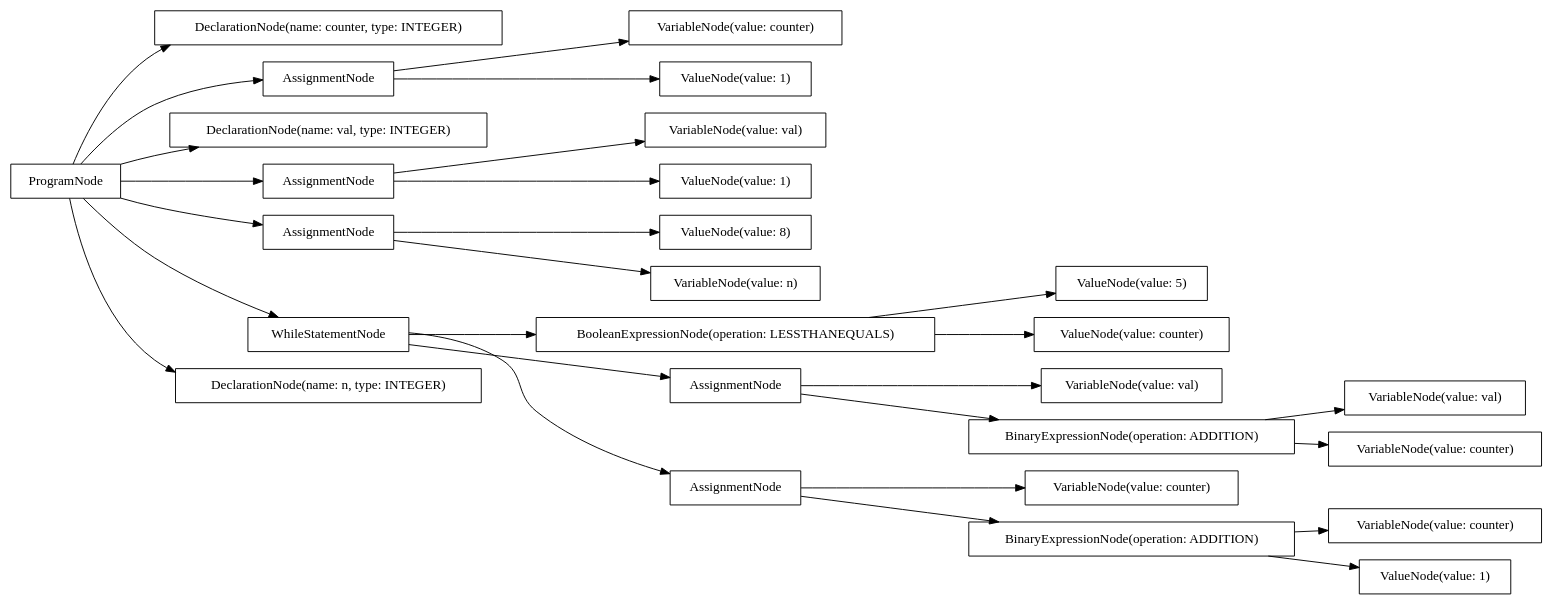
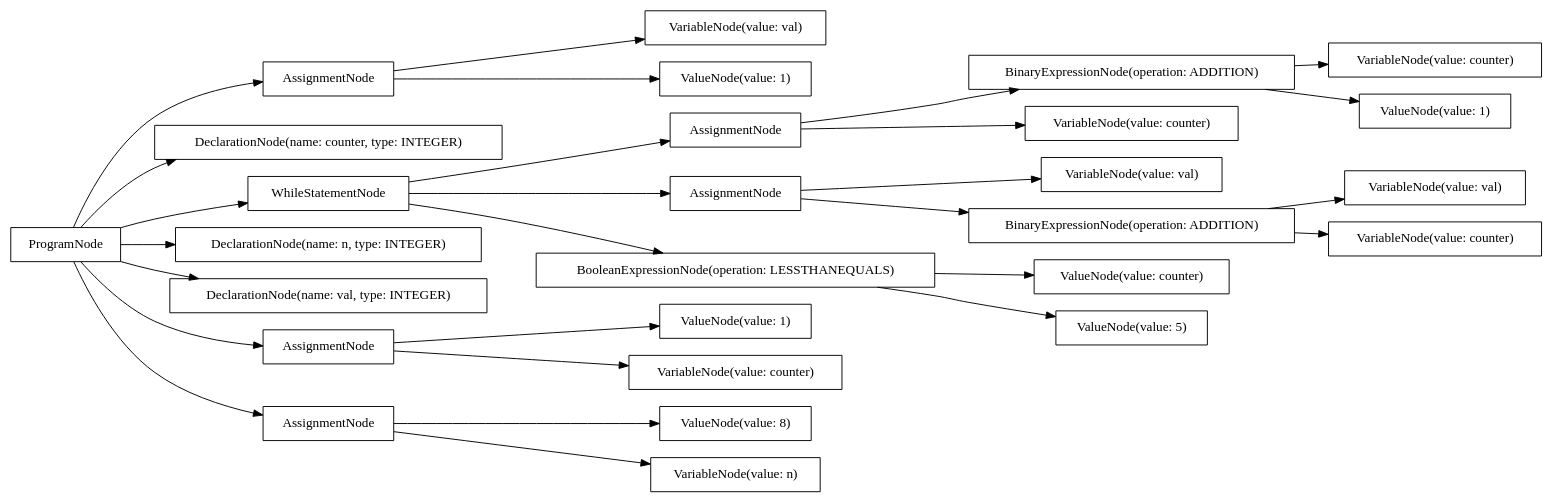
The diagram in src/output/dot/factorial.dot (AtLeastITry/ANTLR-Python-Compiler), drawn with Graphviz before and after one commit. The commit also changed 9 other files, not shown here.

```diff
--- a/src/output/dot/factorial.dot
+++ b/src/output/dot/factorial.dot
@@ -1,56 +1,56 @@
 digraph G {
 rankdir=LR
-"f780951c-36a0-41c2-a02a-29e79add90ae" [label="ValueNode(value: 5)" shape="box"];
-"545aef54-21bd-4ade-bb91-00bae7cd7f0a" [label="VariableNode(value: val)" shape="box"];
-"0c5cba87-d37a-459b-aaf0-c27a24651a50" [label="VariableNode(value: val)" shape="box"];
-"c78d5a6d-a496-42a5-9289-59c6960a3b90" [label="ValueNode(value: 1)" shape="box"];
-"8685633a-37cf-43c3-87bd-11dd3acab81e" [label="DeclarationNode(name: counter, type: INTEGER)" shape="box"];
-"62d59c29-ebca-4318-9f96-68c61915ad63" [label="AssignmentNode" shape="box"];
-"2f6e39c3-ea99-4b55-a2ea-b81a25d73f8a" [label="VariableNode(value: counter)" shape="box"];
-"c6c6ac7f-b51b-496c-a910-ab948af97c23" [label="VariableNode(value: counter)" shape="box"];
-"b9070f4e-c5f9-43ec-998c-19e8c149c2e6" [label="VariableNode(value: counter)" shape="box"];
-"f8bc645f-fadd-4321-aac8-51fce8567b9d" [label="BinaryExpressionNode(operation: ADDITION)" shape="box"];
-"2fb8ecee-4b78-427b-8e26-248224de974c" [label="DeclarationNode(name: val, type: INTEGER)" shape="box"];
-"3300b806-6d74-4e6e-ab98-602b8beaa6e6" [label="ValueNode(value: 1)" shape="box"];
-"3b809f38-b716-414b-9683-18c6093a27be" [label="AssignmentNode" shape="box"];
-"b2159f06-70ff-4152-a23a-a8b918df0604" [label="ValueNode(value: 8)" shape="box"];
-"8f2d3bf6-ee2b-44bd-b4f7-e7ae03bffbc1" [label="BooleanExpressionNode(operation: LESSTHANEQUALS)" shape="box"];
-"201bb855-d890-4aff-9a83-a93ebfa92e5b" [label="VariableNode(value: val)" shape="box"];
-"b5434d12-b315-4698-9198-5345354078b1" [label="ProgramNode" shape="box"];
-"4147aa55-38e0-47bb-ac3b-f2da06c860d0" [label="VariableNode(value: counter)" shape="box"];
-"7317992c-6127-4b3f-8471-e035152068b5" [label="AssignmentNode" shape="box"];
-"2c7eda34-4dd0-4a88-a7f2-f2c9ed904eca" [label="VariableNode(value: n)" shape="box"];
-"60ae2045-4525-420b-8735-849ea556ac4b" [label="ValueNode(value: 1)" shape="box"];
-"c401440a-1cfe-43c5-a094-9b4464467553" [label="AssignmentNode" shape="box"];
-"aab3af41-5de8-4fde-988c-3a7c3a4e778f" [label="AssignmentNode" shape="box"];
-"da3b732d-46c6-4f44-b1ee-f392c50ce31d" [label="ValueNode(value: counter)" shape="box"];
-"622244b5-b326-41c7-a211-e734c69c0a33" [label="WhileStatementNode" shape="box"];
-"b67133ec-7a9c-4617-ae04-3065010b5f41" [label="BinaryExpressionNode(operation: ADDITION)" shape="box"];
-"97f3ce93-60a3-4443-ac03-6437269ba210" [label="DeclarationNode(name: n, type: INTEGER)" shape="box"];
-"b5434d12-b315-4698-9198-5345354078b1" -> "97f3ce93-60a3-4443-ac03-6437269ba210";
-"b5434d12-b315-4698-9198-5345354078b1" -> "2fb8ecee-4b78-427b-8e26-248224de974c";
-"b5434d12-b315-4698-9198-5345354078b1" -> "8685633a-37cf-43c3-87bd-11dd3acab81e";
-"b5434d12-b315-4698-9198-5345354078b1" -> "7317992c-6127-4b3f-8471-e035152068b5";
-"7317992c-6127-4b3f-8471-e035152068b5" -> "2c7eda34-4dd0-4a88-a7f2-f2c9ed904eca";
-"7317992c-6127-4b3f-8471-e035152068b5" -> "b2159f06-70ff-4152-a23a-a8b918df0604";
-"b5434d12-b315-4698-9198-5345354078b1" -> "3b809f38-b716-414b-9683-18c6093a27be";
-"3b809f38-b716-414b-9683-18c6093a27be" -> "0c5cba87-d37a-459b-aaf0-c27a24651a50";
-"3b809f38-b716-414b-9683-18c6093a27be" -> "c78d5a6d-a496-42a5-9289-59c6960a3b90";
-"b5434d12-b315-4698-9198-5345354078b1" -> "62d59c29-ebca-4318-9f96-68c61915ad63";
-"62d59c29-ebca-4318-9f96-68c61915ad63" -> "2f6e39c3-ea99-4b55-a2ea-b81a25d73f8a";
-"62d59c29-ebca-4318-9f96-68c61915ad63" -> "3300b806-6d74-4e6e-ab98-602b8beaa6e6";
-"b5434d12-b315-4698-9198-5345354078b1" -> "622244b5-b326-41c7-a211-e734c69c0a33";
-"622244b5-b326-41c7-a211-e734c69c0a33" -> "8f2d3bf6-ee2b-44bd-b4f7-e7ae03bffbc1";
-"8f2d3bf6-ee2b-44bd-b4f7-e7ae03bffbc1" -> "da3b732d-46c6-4f44-b1ee-f392c50ce31d";
-"8f2d3bf6-ee2b-44bd-b4f7-e7ae03bffbc1" -> "f780951c-36a0-41c2-a02a-29e79add90ae";
-"622244b5-b326-41c7-a211-e734c69c0a33" -> "c401440a-1cfe-43c5-a094-9b4464467553";
-"c401440a-1cfe-43c5-a094-9b4464467553" -> "201bb855-d890-4aff-9a83-a93ebfa92e5b";
-"c401440a-1cfe-43c5-a094-9b4464467553" -> "b67133ec-7a9c-4617-ae04-3065010b5f41";
-"b67133ec-7a9c-4617-ae04-3065010b5f41" -> "545aef54-21bd-4ade-bb91-00bae7cd7f0a";
-"b67133ec-7a9c-4617-ae04-3065010b5f41" -> "b9070f4e-c5f9-43ec-998c-19e8c149c2e6";
-"622244b5-b326-41c7-a211-e734c69c0a33" -> "aab3af41-5de8-4fde-988c-3a7c3a4e778f";
-"aab3af41-5de8-4fde-988c-3a7c3a4e778f" -> "c6c6ac7f-b51b-496c-a910-ab948af97c23";
-"aab3af41-5de8-4fde-988c-3a7c3a4e778f" -> "f8bc645f-fadd-4321-aac8-51fce8567b9d";
-"f8bc645f-fadd-4321-aac8-51fce8567b9d" -> "4147aa55-38e0-47bb-ac3b-f2da06c860d0";
-"f8bc645f-fadd-4321-aac8-51fce8567b9d" -> "60ae2045-4525-420b-8735-849ea556ac4b";
+"73c963bb-4251-4795-8529-126e317c6cc8" [label="ValueNode(value: counter)" shape="box"];
+"80db8321-7403-4d86-8aa1-be1db238d13d" [label="AssignmentNode" shape="box"];
+"90761812-82dc-4a5b-a781-875faee5cc1f" [label="ValueNode(value: 8)" shape="box"];
+"ba2acbd0-672d-4c46-b190-9c3ce8f13187" [label="AssignmentNode" shape="box"];
+"1f661a78-0d22-4131-87fa-238f5c8bf87f" [label="VariableNode(value: val)" shape="box"];
+"2ac07151-7f0b-435b-bcc5-94f5e1768b0b" [label="AssignmentNode" shape="box"];
+"44ee3522-5f46-4556-b585-7f3f85225289" [label="ValueNode(value: 1)" shape="box"];
+"fe2d967a-d6ef-410c-a611-12a90d4c020d" [label="VariableNode(value: val)" shape="box"];
+"fa6fa2e6-ed49-495b-abc4-e056b331bfed" [label="VariableNode(value: val)" shape="box"];
+"2a51f580-7718-4c77-8126-53b7460c6635" [label="ValueNode(value: 1)" shape="box"];
+"cbc66901-e2ec-454c-92fb-0b066c4f6142" [label="ProgramNode" shape="box"];
+"8505c869-a219-4d41-b463-d9996ed12f88" [label="DeclarationNode(name: counter, type: INTEGER)" shape="box"];
+"cf146b5a-002a-4297-a892-349907f5c113" [label="VariableNode(value: counter)" shape="box"];
+"b31aaef3-6fea-42a3-a215-b87f8294817b" [label="WhileStatementNode" shape="box"];
+"1085f653-4b18-488a-8029-49915eaa7b3e" [label="VariableNode(value: counter)" shape="box"];
+"05ed17cb-6be9-4662-ace0-f4259668b4ab" [label="DeclarationNode(name: n, type: INTEGER)" shape="box"];
+"927d9a8c-3ca8-42e9-84a8-fd8b95f3268f" [label="DeclarationNode(name: val, type: INTEGER)" shape="box"];
+"6b4dd8c0-2edb-4443-9552-1933c9c0a685" [label="VariableNode(value: counter)" shape="box"];
+"b7796c33-05ee-4010-a2f7-49fd5aad0c60" [label="BooleanExpressionNode(operation: LESSTHANEQUALS)" shape="box"];
+"cd7592b4-5ade-4f92-a3f1-8a712bd7faa9" [label="BinaryExpressionNode(operation: ADDITION)" shape="box"];
+"00858b3b-951e-410f-8ca9-04c924e1b25a" [label="VariableNode(value: n)" shape="box"];
+"fb666259-551c-4497-be1b-dbe3e0d81120" [label="BinaryExpressionNode(operation: ADDITION)" shape="box"];
+"f63f4893-fca5-4da3-a3af-316296b26160" [label="ValueNode(value: 1)" shape="box"];
+"a755227c-f920-4736-8b22-d1a08e28b2a2" [label="AssignmentNode" shape="box"];
+"c96cd8da-c63c-4436-90a0-221d011d6f64" [label="AssignmentNode" shape="box"];
+"44be4300-2016-45b4-a6d2-e04d8f52afad" [label="ValueNode(value: 5)" shape="box"];
+"066af09c-5e20-444d-8716-8dba21eadbe2" [label="VariableNode(value: counter)" shape="box"];
+"cbc66901-e2ec-454c-92fb-0b066c4f6142" -> "05ed17cb-6be9-4662-ace0-f4259668b4ab";
+"cbc66901-e2ec-454c-92fb-0b066c4f6142" -> "927d9a8c-3ca8-42e9-84a8-fd8b95f3268f";
+"cbc66901-e2ec-454c-92fb-0b066c4f6142" -> "8505c869-a219-4d41-b463-d9996ed12f88";
+"cbc66901-e2ec-454c-92fb-0b066c4f6142" -> "c96cd8da-c63c-4436-90a0-221d011d6f64";
+"c96cd8da-c63c-4436-90a0-221d011d6f64" -> "00858b3b-951e-410f-8ca9-04c924e1b25a";
+"c96cd8da-c63c-4436-90a0-221d011d6f64" -> "90761812-82dc-4a5b-a781-875faee5cc1f";
+"cbc66901-e2ec-454c-92fb-0b066c4f6142" -> "80db8321-7403-4d86-8aa1-be1db238d13d";
+"80db8321-7403-4d86-8aa1-be1db238d13d" -> "1f661a78-0d22-4131-87fa-238f5c8bf87f";
+"80db8321-7403-4d86-8aa1-be1db238d13d" -> "44ee3522-5f46-4556-b585-7f3f85225289";
+"cbc66901-e2ec-454c-92fb-0b066c4f6142" -> "a755227c-f920-4736-8b22-d1a08e28b2a2";
+"a755227c-f920-4736-8b22-d1a08e28b2a2" -> "6b4dd8c0-2edb-4443-9552-1933c9c0a685";
+"a755227c-f920-4736-8b22-d1a08e28b2a2" -> "2a51f580-7718-4c77-8126-53b7460c6635";
+"cbc66901-e2ec-454c-92fb-0b066c4f6142" -> "b31aaef3-6fea-42a3-a215-b87f8294817b";
+"b31aaef3-6fea-42a3-a215-b87f8294817b" -> "b7796c33-05ee-4010-a2f7-49fd5aad0c60";
+"b7796c33-05ee-4010-a2f7-49fd5aad0c60" -> "73c963bb-4251-4795-8529-126e317c6cc8";
+"b7796c33-05ee-4010-a2f7-49fd5aad0c60" -> "44be4300-2016-45b4-a6d2-e04d8f52afad";
+"b31aaef3-6fea-42a3-a215-b87f8294817b" -> "2ac07151-7f0b-435b-bcc5-94f5e1768b0b";
+"2ac07151-7f0b-435b-bcc5-94f5e1768b0b" -> "fa6fa2e6-ed49-495b-abc4-e056b331bfed";
+"2ac07151-7f0b-435b-bcc5-94f5e1768b0b" -> "cd7592b4-5ade-4f92-a3f1-8a712bd7faa9";
+"cd7592b4-5ade-4f92-a3f1-8a712bd7faa9" -> "fe2d967a-d6ef-410c-a611-12a90d4c020d";
+"cd7592b4-5ade-4f92-a3f1-8a712bd7faa9" -> "1085f653-4b18-488a-8029-49915eaa7b3e";
+"b31aaef3-6fea-42a3-a215-b87f8294817b" -> "ba2acbd0-672d-4c46-b190-9c3ce8f13187";
+"ba2acbd0-672d-4c46-b190-9c3ce8f13187" -> "066af09c-5e20-444d-8716-8dba21eadbe2";
+"ba2acbd0-672d-4c46-b190-9c3ce8f13187" -> "fb666259-551c-4497-be1b-dbe3e0d81120";
+"fb666259-551c-4497-be1b-dbe3e0d81120" -> "cf146b5a-002a-4297-a892-349907f5c113";
+"fb666259-551c-4497-be1b-dbe3e0d81120" -> "f63f4893-fca5-4da3-a3af-316296b26160";
 }
```
